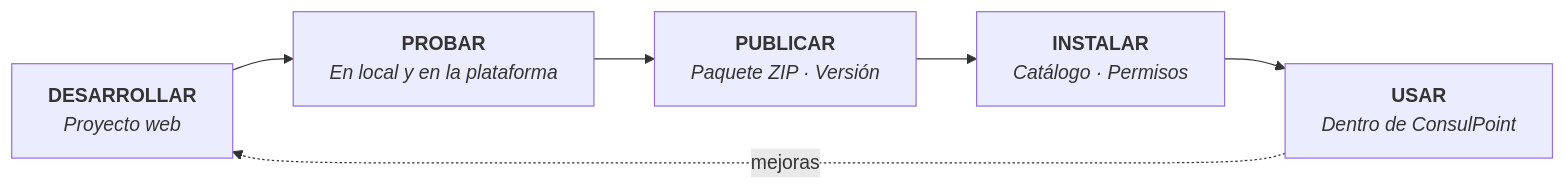
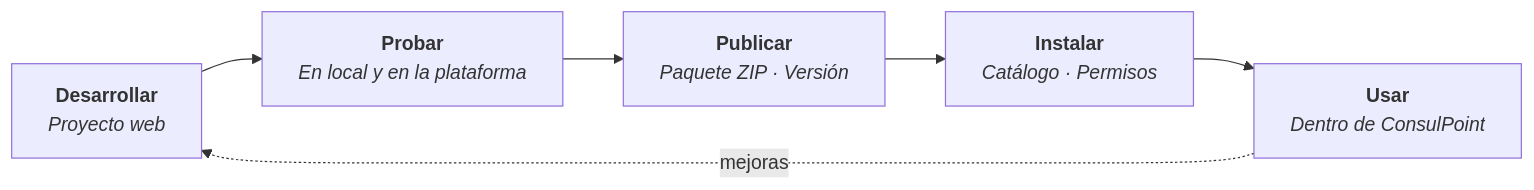
Before and after one commit to akui-solutions/consul-point-docs: the diagram in docs/aplicaciones-integradas/aplicaciones-integradas-overview.md, drawn with Mermaid. The commit also changed other lines of this file and 60 other files, not shown here.

````diff
--- a/docs/aplicaciones-integradas/aplicaciones-integradas-overview.md
+++ b/docs/aplicaciones-integradas/aplicaciones-integradas-overview.md
@@ -36,12 +63,12 @@
 ```mermaid
 flowchart LR
 
-    A["<b>DESARROLLAR</b><br/><i>Proyecto web</i>"]
-    B["<b>PROBAR</b><br/><i>En local y en la plataforma</i>"]
-    C["<b>PUBLICAR</b><br/><i>Paquete ZIP · Versión</i>"]
-    D["<b>INSTALAR</b><br/><i>Catálogo · Permisos</i>"]
-    E["<b>USAR</b><br/><i>Dentro de ConsulPoint</i>"]
+    A["<b>Desarrollar</b><br/><i>Proyecto web</i>"]
+    B["<b>Probar</b><br/><i>En local y en la plataforma</i>"]
+    C["<b>Publicar</b><br/><i>Paquete ZIP · Versión</i>"]
+    D["<b>Instalar</b><br/><i>Catálogo · Permisos</i>"]
+    E["<b>Usar</b><br/><i>Dentro de ConsulPoint</i>"]
 
     A --> B --> C --> D --> E
     E -.->|mejoras| A
 ```
````
